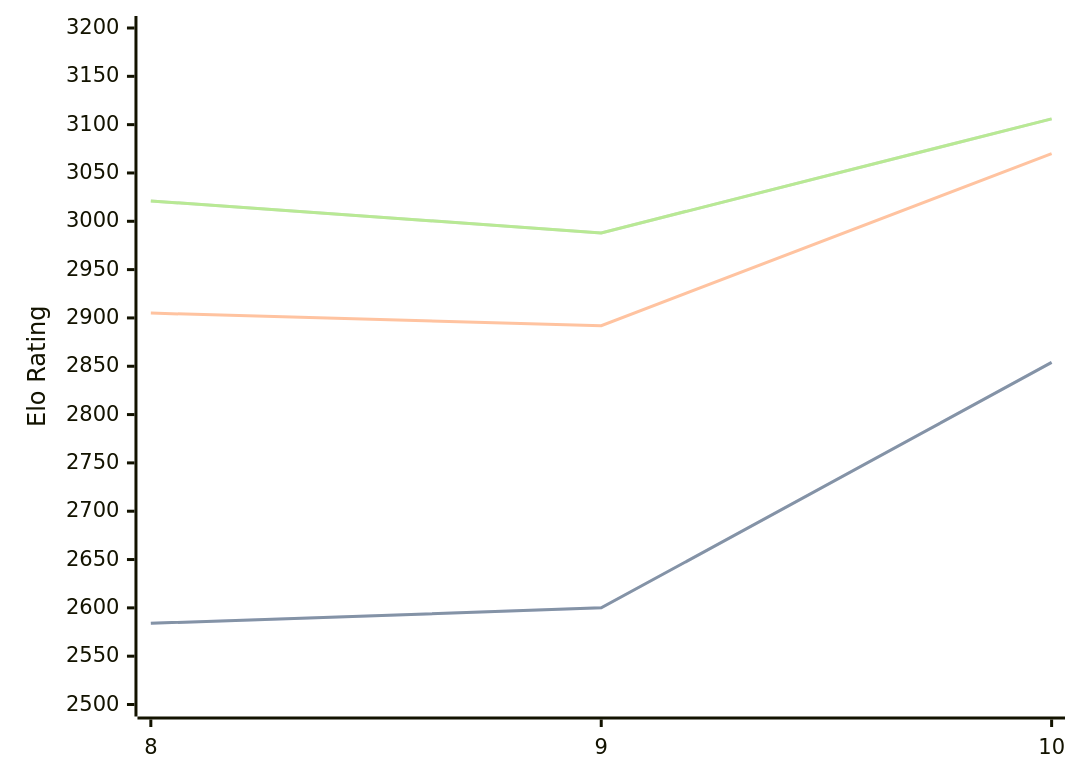
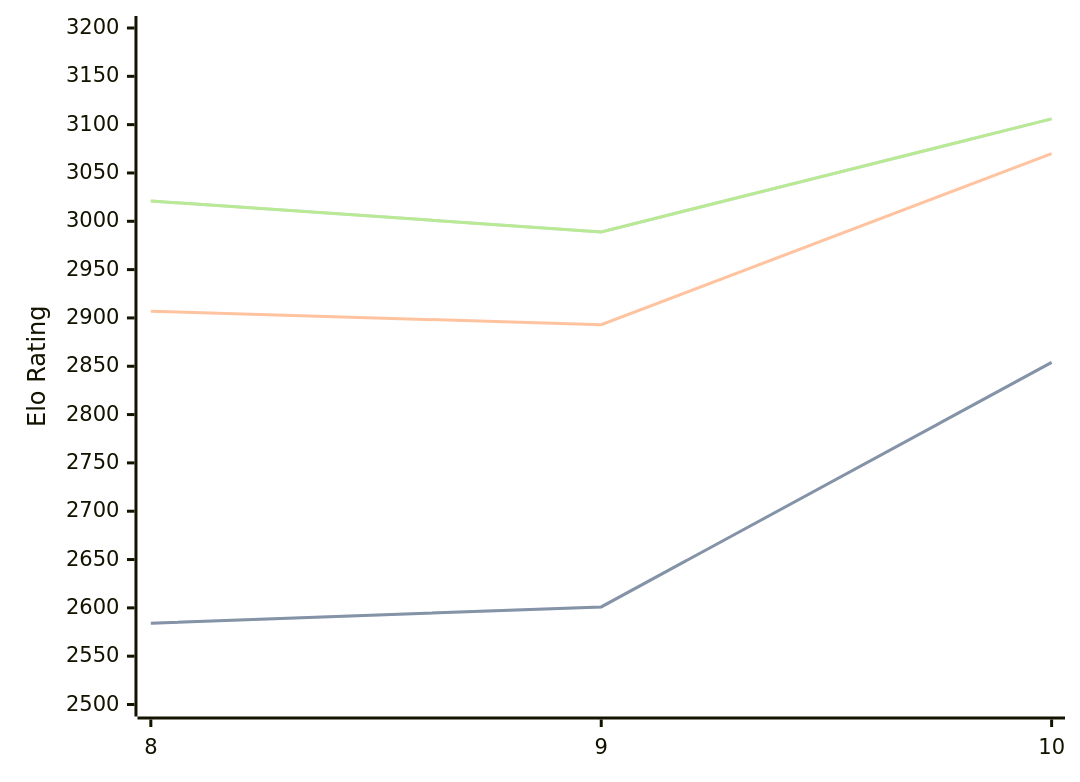
The third of 3 diagrams in engines/Lozza.md (computer-chess-index/cci), drawn with Mermaid before and after one commit. The commit also changed other lines of this file, not shown here.

Commit message:
Update CCI Ratings (ELO VLTC) - 2026-07-08

````diff
--- a/engines/Lozza.md
+++ b/engines/Lozza.md
@@ -74,11 +74,11 @@
 ```mermaid
 %%{init: {"theme":"base","themeVariables":{"seriesColors:['#a3a3a3','#222221','#faa371']}}}%%
 xychart-beta
   x-axis ["8", "9", "10"]
   y-axis "Elo Rating" 2500 --> 3200
-  line "STC (8.0+0.08s)" [2584, 2600, 2854]
-  line "STC (8.0+0.08s)" [2584, 2600, 2854]
-  line "LTC (60.0+0.60s)" [2905, 2892, 3070]
-  line "VLTC (2m24s+1.12s)" [3021, 2988, 3106]
-  line "VLTC (2m24s+1.12s)" [3021, 2988, 3106]
+  line "STC (8.0+0.08s)" [2584, 2601, 2854]
+  line "STC (8.0+0.08s)" [2584, 2601, 2854]
+  line "LTC (60.0+0.60s)" [2907, 2893, 3070]
+  line "VLTC (2m24s+1.12s)" [3021, 2989, 3106]
+  line "VLTC (2m24s+1.12s)" [3021, 2989, 3106]
 ```
````
